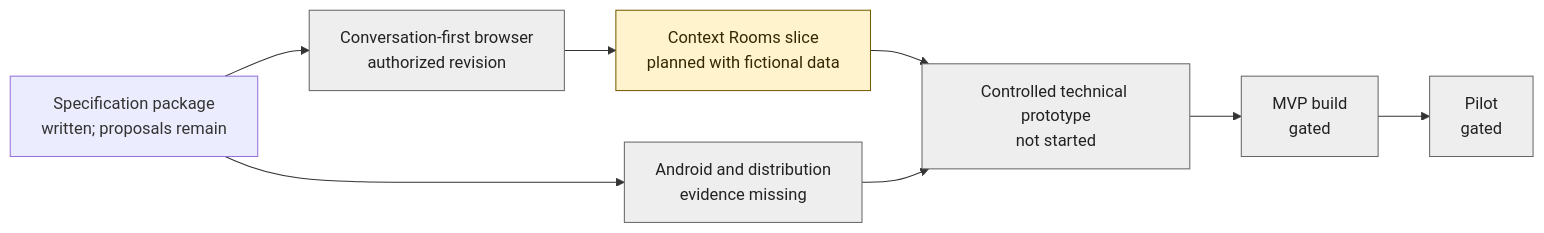
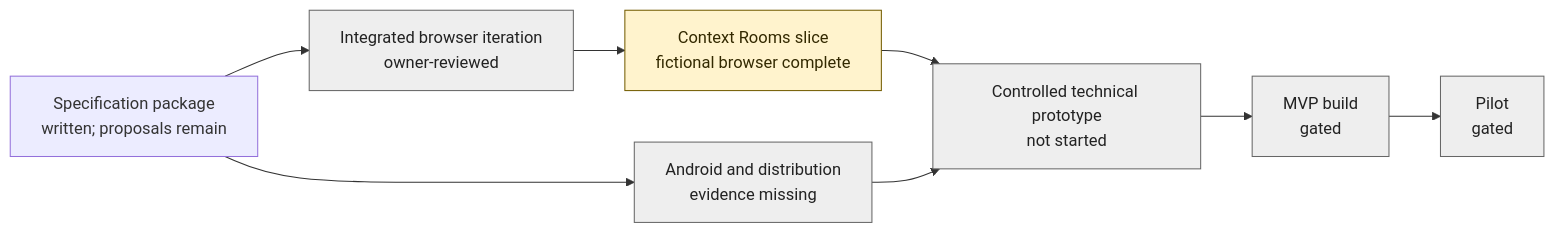
One commit to Pueblo98/Granny changed the diagram in docs/Cockpit.md. Above: the diagram before and after it, drawn with Mermaid. The commit also changed other lines of this file and 22 other files, not shown here.

````diff
--- a/docs/Cockpit.md
+++ b/docs/Cockpit.md
@@ -29,14 +32,14 @@
 ```mermaid
 flowchart LR
-  A["Specification package<br/>written; proposals remain"] --> B["Conversation-first browser<br/>authorized revision"]
+  A["Specification package<br/>written; proposals remain"] --> B["Integrated browser iteration<br/>owner-reviewed"]
   A --> C["Android and distribution<br/>evidence missing"]
-  B --> R["Context Rooms slice<br/>planned with fictional data"]
+  B --> R["Context Rooms slice<br/>fictional browser complete"]
   R --> D["Controlled technical prototype<br/>not started"]
   C --> D
   D --> E["MVP build<br/>gated"]
   E --> F["Pilot<br/>gated"]
   classDef current fill:#fff3cd,stroke:#735c00,color:#332900
   classDef waiting fill:#eeeeee,stroke:#666666,color:#222222
   class R current
   class B,C,D,E,F waiting
 ```
````
